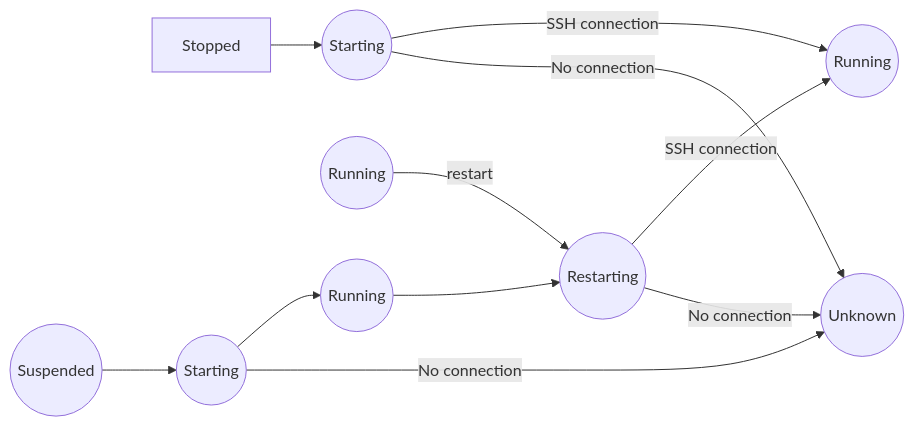
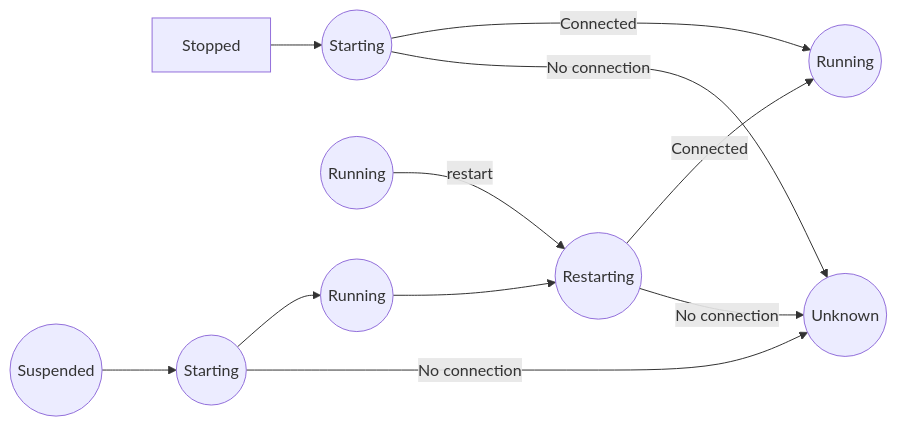
One commit to canonical/multipass changed the third of 8 diagrams in docs/explanation/state-transitions.md. Above: the diagram before and after it, drawn with Mermaid. The commit also changed other lines of this file, not shown here.

````diff
--- a/docs/explanation/state-transitions.md
+++ b/docs/explanation/state-transitions.md
@@ -60,14 +98,14 @@
 ```{mermaid}
 flowchart LR
     Stopped[Stopped] --> StartingFromStopped((Starting))
     RunningBefore((Running)) -->|restart| Restarting((Restarting))
     Suspended((Suspended)) --> StartingFromSuspended((Starting))
     StartingFromSuspended --> RunningAfterResume((Running))
     RunningAfterResume --> Restarting
 
-    StartingFromStopped -->|SSH connection| Running((Running))
-    Restarting -->|SSH connection| Running
+    StartingFromStopped -->|Connected| Running((Running))
+    Restarting -->|Connected| Running
     StartingFromStopped --->|No connection| Unknown((Unknown))
     StartingFromSuspended -->|No connection| Unknown
     Restarting -->|No connection| Unknown
 ```
````
